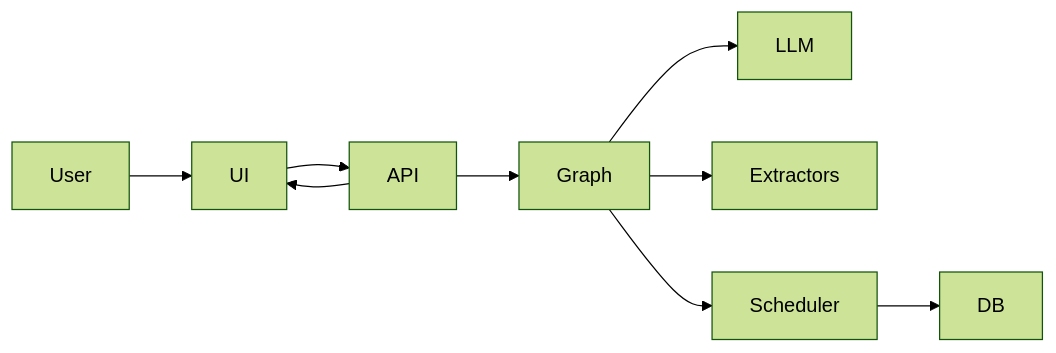
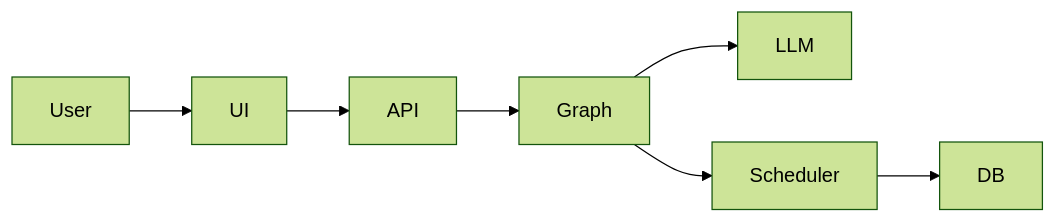
One commit to amin-lotf/VoiceAgent changed the diagram in README.md. Above: the diagram before and after it, drawn with Mermaid (forest theme). The commit also changed other lines of this file, not shown here.

````diff
--- a/README.md
+++ b/README.md
@@ -51,11 +73,9 @@
 ```mermaid
 flowchart LR
     User --> UI
     UI --> API
     API --> Graph
     Graph --> LLM
-    Graph --> Extractors
     Graph --> Scheduler
     Scheduler --> DB
-    API --> UI
 ```
````
